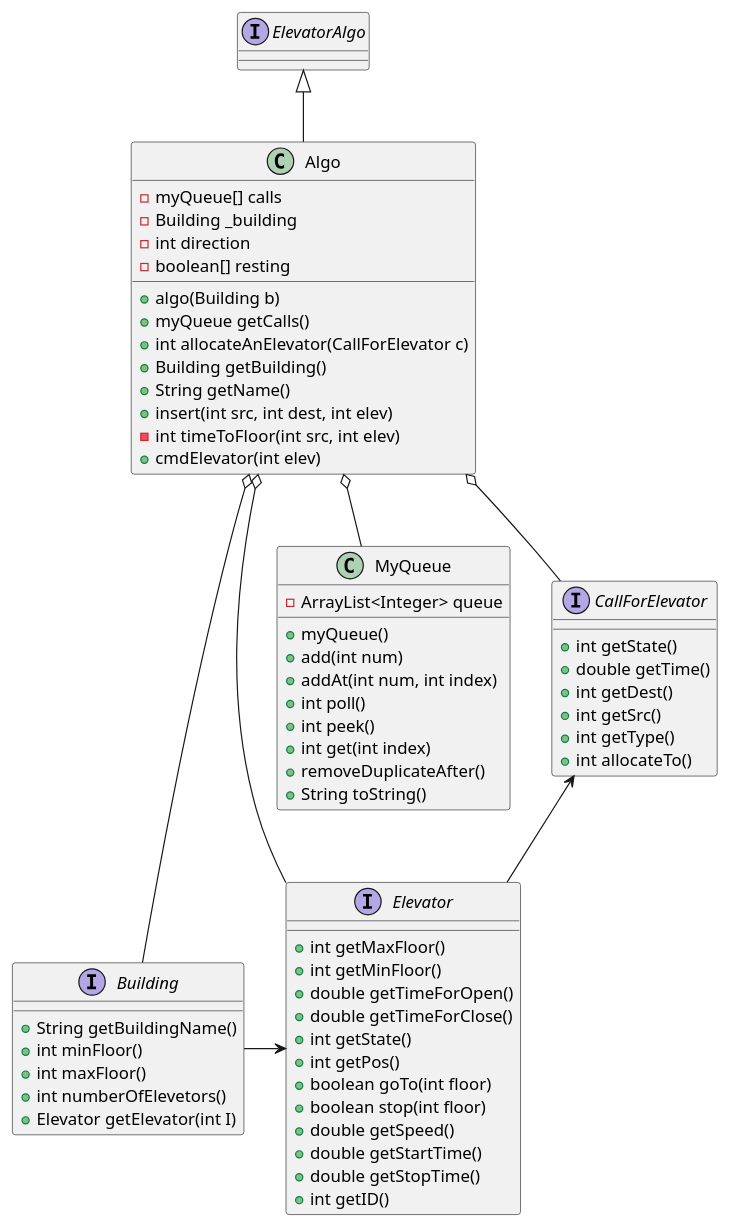
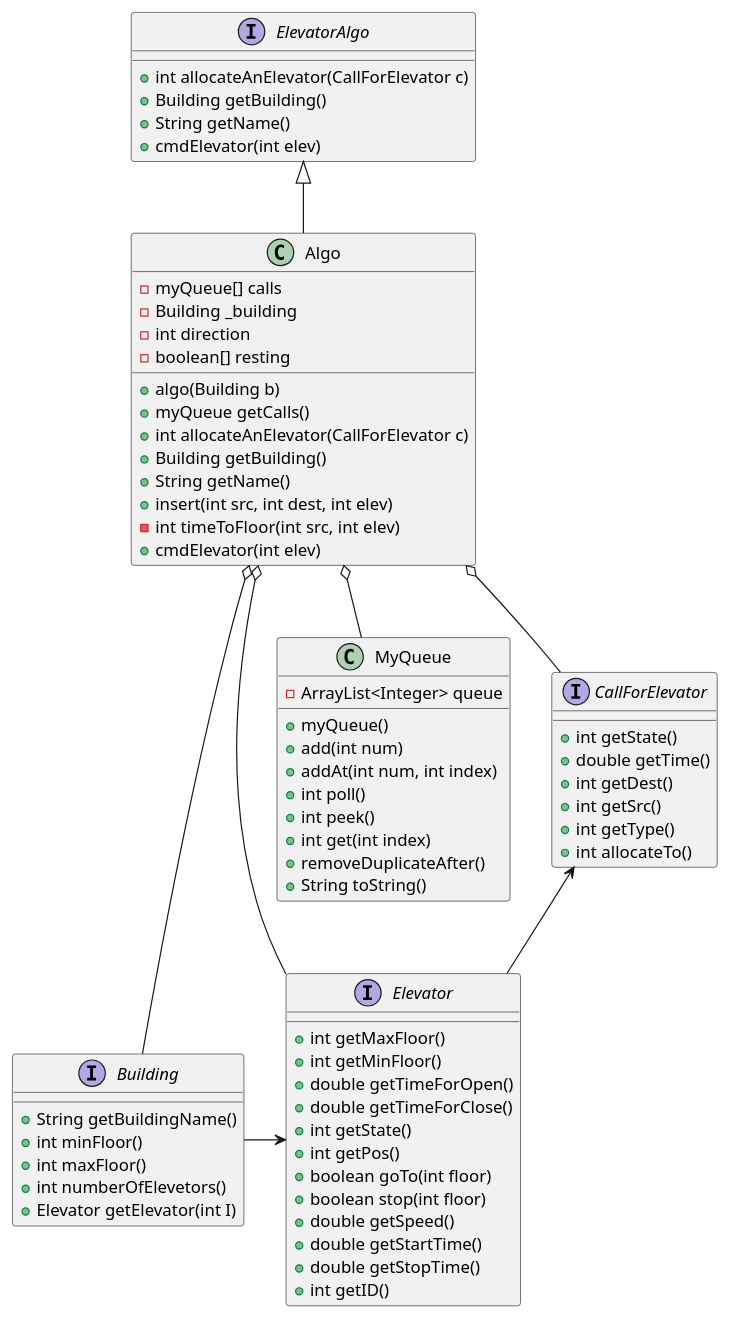
One commit to TaliaSeada/Ex0_OOP changed the diagram in src/ex0/Ex0 diagram.puml. Above: the diagram before and after it, drawn with PlantUML.

```diff
--- a/src/ex0/Ex0 diagram.puml
+++ b/src/ex0/Ex0 diagram.puml
@@ -1,76 +1,81 @@
 @startuml
 'https://plantuml.com/class-diagram
 
 
 
-interface ElevatorAlgo
+interface ElevatorAlgo{
++int allocateAnElevator(CallForElevator c)
++Building getBuilding()
++String getName()
++cmdElevator(int elev)
+}
 
 ElevatorAlgo <|-- Algo
 Algo o-- MyQueue
 Algo o-- Elevator
 Algo o-- Building
 Algo o-- CallForElevator
 CallForElevator <-- Elevator
 Building -> Elevator
 
 interface CallForElevator{
 +int getState()
 +double getTime()
 +int getDest()
 +int getSrc()
 +int getType()
 +int allocateTo()
 }
 interface Elevator{
 +int getMaxFloor()
 +int getMinFloor()
 +double getTimeForOpen()
 +double getTimeForClose()
 +int getState()
 +int getPos()
 +boolean goTo(int floor)
 +boolean stop(int floor)
 +double getSpeed()
 +double getStartTime()
 +double getStopTime()
 +int getID()
 }
 
 interface Building{
 +String getBuildingName()
 +int minFloor()
 +int maxFloor()
 +int numberOfElevetors()
 +Elevator getElevator(int I)
 }
 
 class Algo {
 -myQueue[] calls
 -Building _building
 -int direction
 -boolean[] resting
 +algo(Building b)
 +myQueue getCalls()
 +int allocateAnElevator(CallForElevator c)
 +Building getBuilding()
 +String getName()
 +insert(int src, int dest, int elev)
 -int timeToFloor(int src, int elev)
 +cmdElevator(int elev)
 }
 
 class MyQueue{
 -ArrayList<Integer> queue
 
 +myQueue()
 +add(int num)
 +addAt(int num, int index)
 +int poll()
 +int peek()
 +int get(int index)
 +removeDuplicateAfter()
 +String toString()
 
 }
 
 @enduml
```
